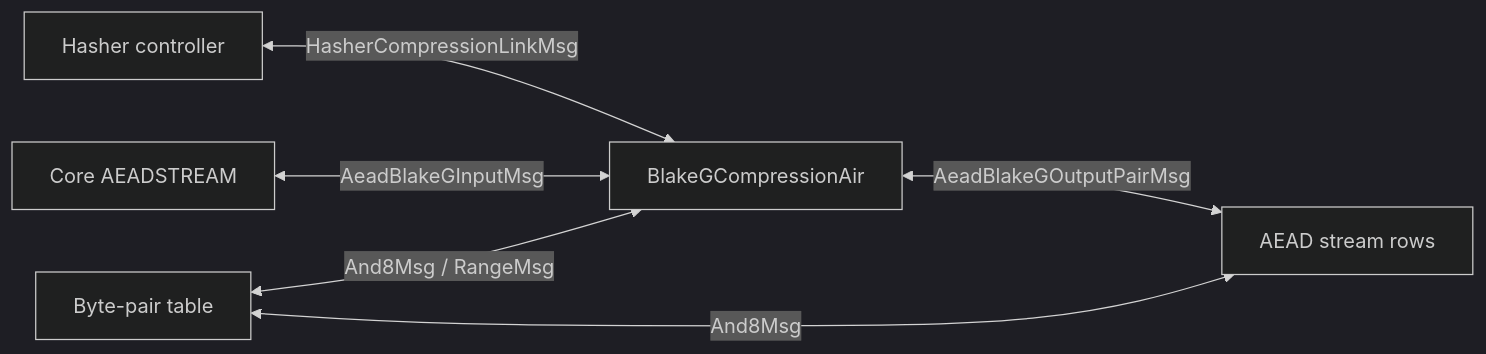
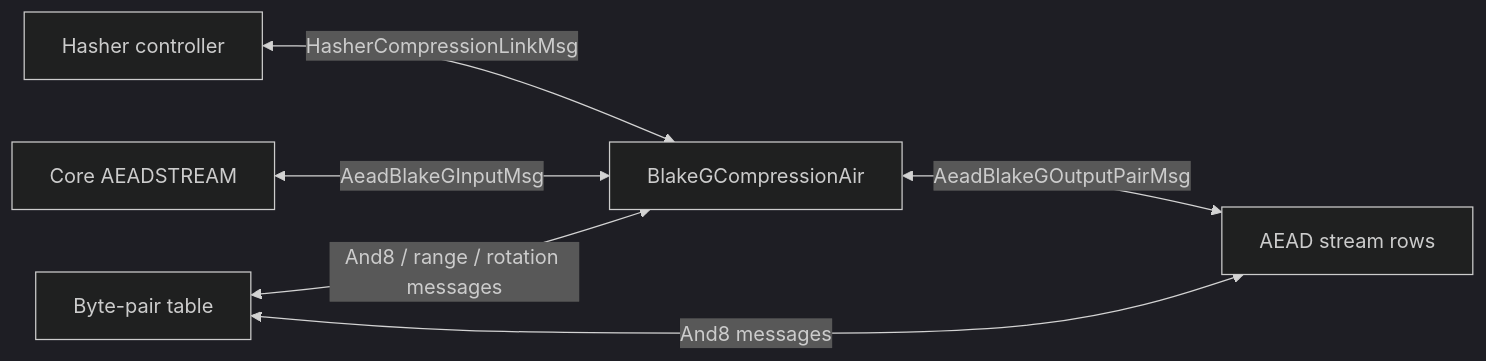
The diagram in docs/src/design/chiplets/blakeg_compression.md (0xMiden/miden-vm), drawn with Mermaid (dark theme) before and after one commit. The commit also changed other lines of this file and 30 other files, not shown here.

````diff
--- a/docs/src/design/chiplets/blakeg_compression.md
+++ b/docs/src/design/chiplets/blakeg_compression.md
@@ -62,14 +98,14 @@
 ```mermaid
 flowchart LR
     controller["Hasher controller"]
     core["Core AEADSTREAM"]
     blakeg["BlakeGCompressionAir"]
     stream["AEAD stream rows"]
     table["Byte-pair table"]
 
     controller <-->|HasherCompressionLinkMsg| blakeg
     core <-->|AeadBlakeGInputMsg| blakeg
     blakeg <-->|AeadBlakeGOutputPairMsg| stream
-    table <-->|And8Msg / RangeMsg| blakeg
-    table <-->|And8Msg| stream
+    table <-->|And8 / range / rotation messages| blakeg
+    table <-->|And8 messages| stream
 ```
````
